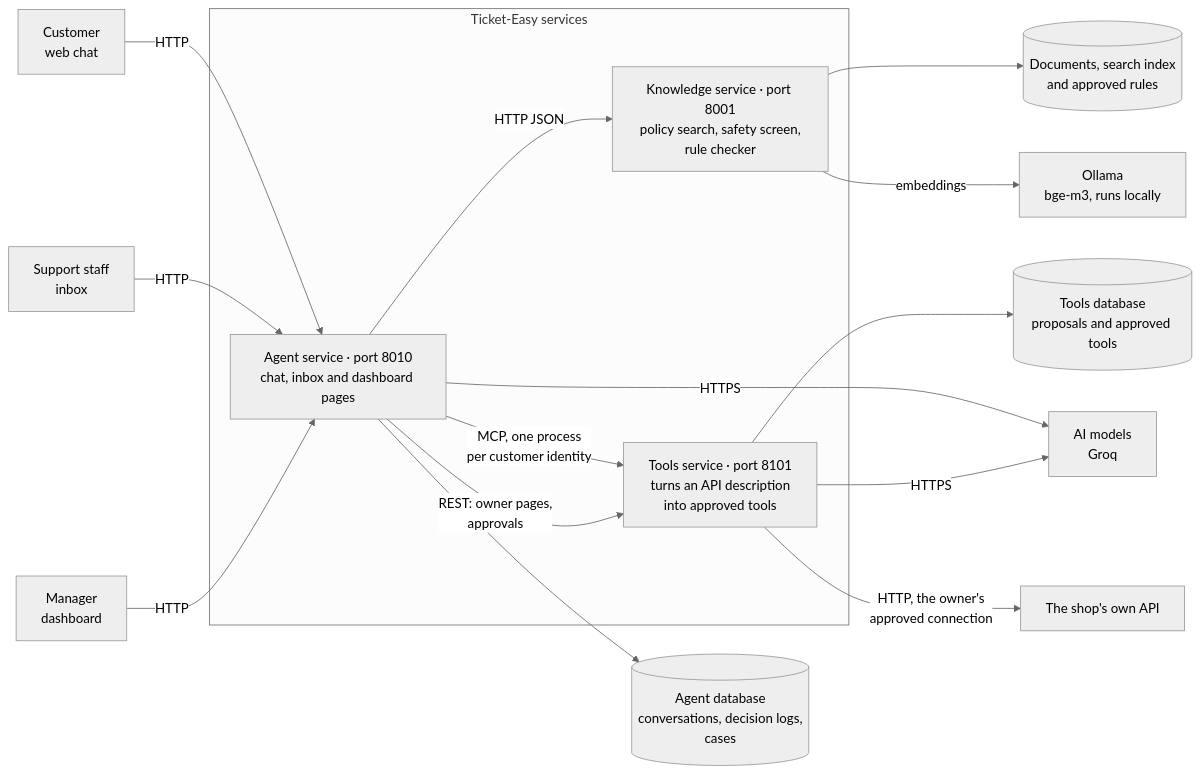
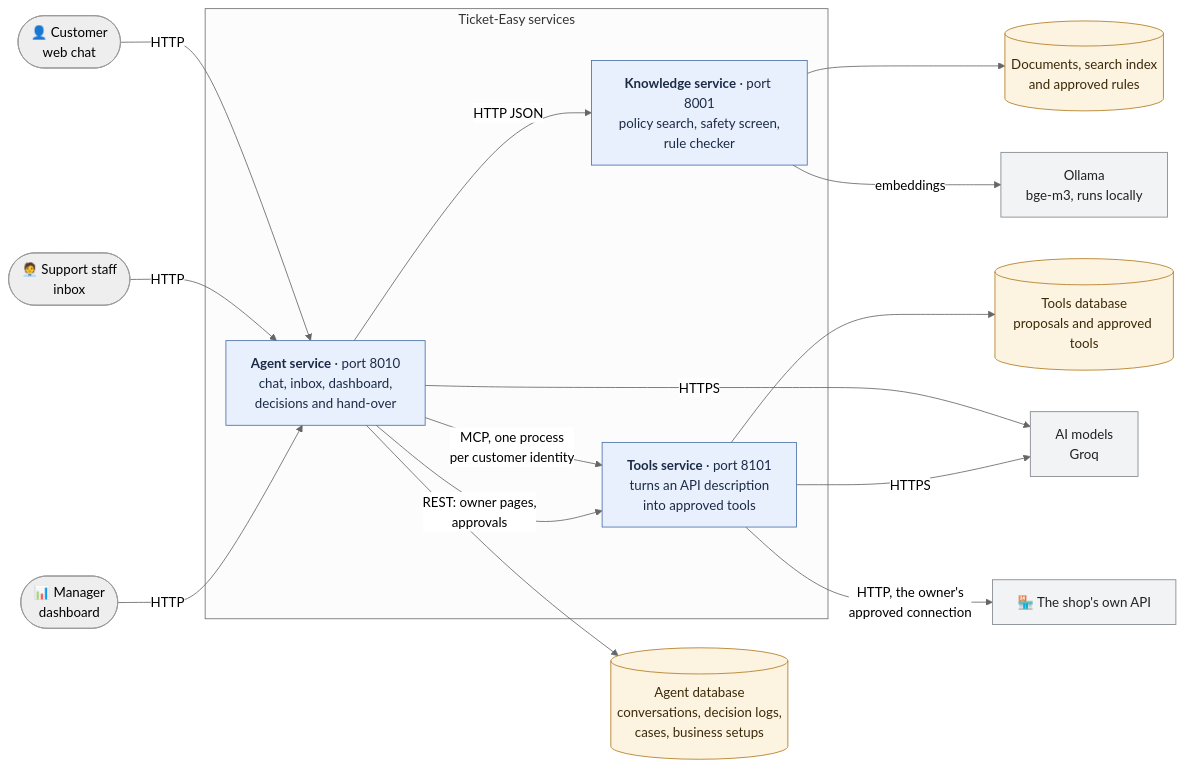
One commit to georgeemiL787/Ticket-Easy changed the first of 6 diagrams in README.md. Above: the diagram before and after it, drawn with Mermaid (neutral theme). The commit also changed other lines of this file, not shown here.

Commit message:
README: fix Python version and telecom scope, add onboarding and tests, add visuals and diagrams

````diff
--- a/README.md
+++ b/README.md
@@ -36,21 +49,28 @@
 ```mermaid
 flowchart LR
-  customer["Customer<br/>web chat"] -->|HTTP| agent
-  staff["Support staff<br/>inbox"] -->|HTTP| agent
-  manager["Manager<br/>dashboard"] -->|HTTP| agent
+  customer(["👤 Customer<br/>web chat"]) -->|HTTP| agent
+  staff(["🧑‍💼 Support staff<br/>inbox"]) -->|HTTP| agent
+  manager(["📊 Manager<br/>dashboard"]) -->|HTTP| agent
   subgraph services["Ticket-Easy services"]
-    agent["Agent service · port 8010<br/>chat, inbox and dashboard pages"]
-    knowledge["Knowledge service · port 8001<br/>policy search, safety screen,<br/>rule checker"]
-    tools["Tools service · port 8101<br/>turns an API description<br/>into approved tools"]
+    agent["<b>Agent service</b> · port 8010<br/>chat, inbox, dashboard,<br/>decisions and hand-over"]
+    knowledge["<b>Knowledge service</b> · port 8001<br/>policy search, safety screen,<br/>rule checker"]
+    tools["<b>Tools service</b> · port 8101<br/>turns an API description<br/>into approved tools"]
   end
   agent -->|"HTTP JSON"| knowledge
   agent -->|"MCP, one process<br/>per customer identity"| tools
   agent -->|"REST: owner pages,<br/>approvals"| tools
-  agent --> agentdb[("Agent database<br/>conversations, decision logs,<br/>cases")]
+  agent --> agentdb[("Agent database<br/>conversations, decision logs,<br/>cases, business setups")]
   knowledge --> knowledgedata[("Documents, search index<br/>and approved rules")]
   tools --> toolsdb[("Tools database<br/>proposals and approved tools")]
   knowledge -->|"embeddings"| ollama["Ollama<br/>bge-m3, runs locally"]
   agent -->|HTTPS| models["AI models<br/>Groq"]
   tools -->|HTTPS| models
-  tools -->|"HTTP, the owner's<br/>approved connection"| shop["The shop's own API"]
+  tools -->|"HTTP, the owner's<br/>approved connection"| shop["🏪 The shop's own API"]
+
+  classDef svc fill:#e8f0fe,stroke:#4a6fa5,color:#1b2b45
+  classDef store fill:#fdf3e1,stroke:#b07a1f,color:#3b2a08
+  classDef ext fill:#f1f3f4,stroke:#80868b,color:#202124
+  class agent,knowledge,tools svc
+  class agentdb,knowledgedata,toolsdb store
+  class ollama,models,shop ext
 ```
````
